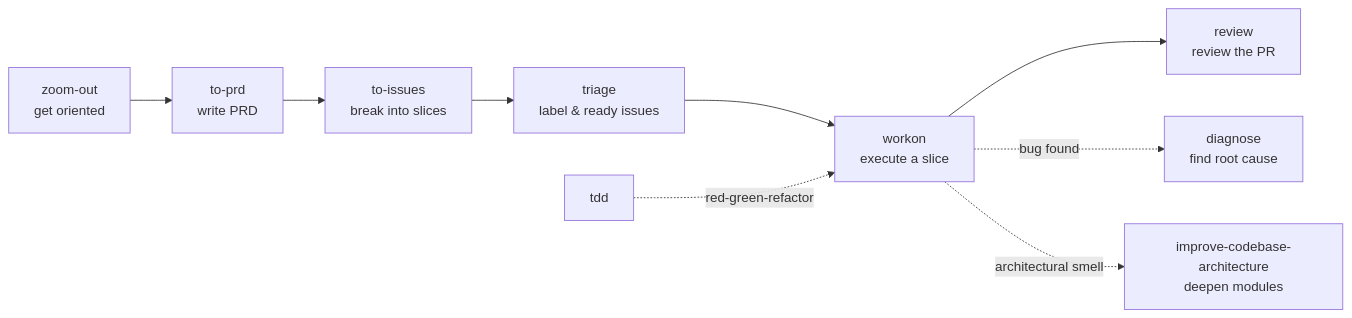
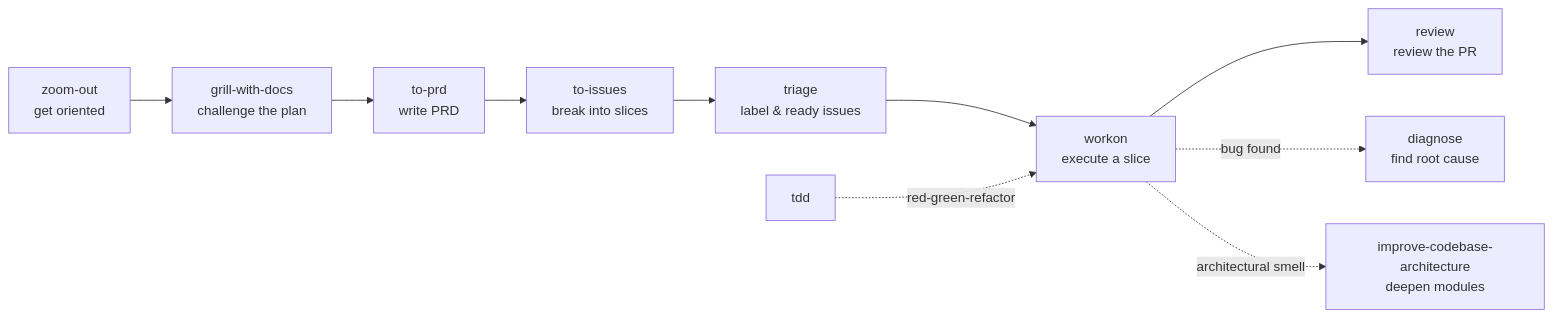
The diagram in skills/engineering/README.md (dotbrains/skills), drawn with Mermaid before and after one commit. The commit also changed other lines of this file and 11 other files, not shown here.

````diff
--- a/skills/engineering/README.md
+++ b/skills/engineering/README.md
@@ -19,11 +20,12 @@
 ```mermaid
 flowchart LR
-  ZO[zoom-out<br/>get oriented] --> PRD[to-prd<br/>write PRD]
+  ZO[zoom-out<br/>get oriented] --> GWD[grill-with-docs<br/>challenge the plan]
+  GWD --> PRD[to-prd<br/>write PRD]
   PRD --> TI[to-issues<br/>break into slices]
   TI --> TRI[triage<br/>label & ready issues]
   TRI --> WO[workon<br/>execute a slice]
   WO --> RV[review<br/>review the PR]
   WO -.bug found.-> DIAG[diagnose<br/>find root cause]
   WO -.architectural smell.-> ARCH[improve-codebase-architecture<br/>deepen modules]
   TDD[tdd] -.red-green-refactor.-> WO
 ```
````
